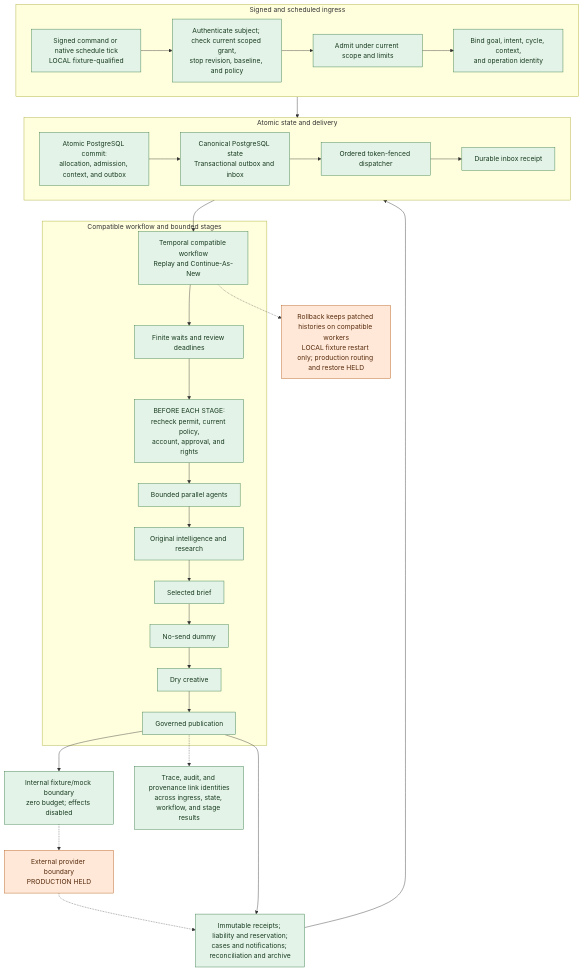
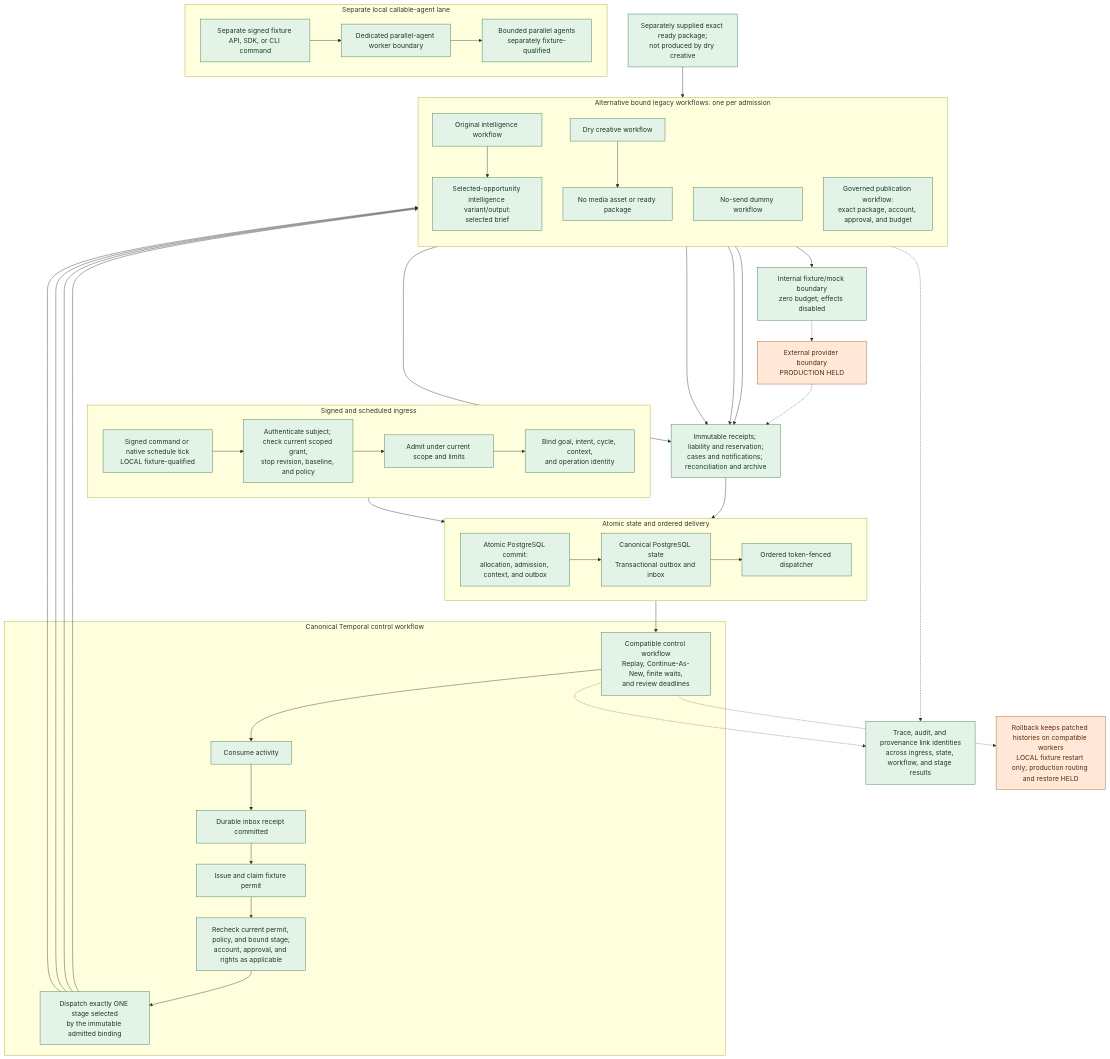
Before and after one commit to manojvermamv/Salience: the second of 2 diagrams in README.md, drawn with Mermaid. The commit also changed other lines of this file and 2 other files, not shown here.

Commit message:
docs: correct README governed execution path

````diff
--- a/README.md
+++ b/README.md
@@ -92,56 +95,81 @@
 ```mermaid
 flowchart TB
   subgraph ingress["Signed and scheduled ingress"]
     direction LR
     CMD["Signed command or native schedule tick<br/>LOCAL fixture-qualified"]
     AUTH["Authenticate subject; check current scoped grant,<br/>stop revision, baseline, and policy"]
     ADMIT["Admit under current scope and limits"]
     ID["Bind goal, intent, cycle, context,<br/>and operation identity"]
     CMD --> AUTH --> ADMIT --> ID
   end
 
-  subgraph durable["Atomic state and delivery"]
+  subgraph durable["Atomic state and ordered delivery"]
     direction LR
     COMMIT["Atomic PostgreSQL commit:<br/>allocation, admission, context, and outbox"]
     DB["Canonical PostgreSQL state<br/>Transactional outbox and inbox"]
     DISPATCH["Ordered token-fenced dispatcher"]
-    RECEIPT["Durable inbox receipt"]
-    COMMIT --> DB --> DISPATCH --> RECEIPT
+    COMMIT --> DB --> DISPATCH
   end
 
-  subgraph runtime["Compatible workflow and bounded stages"]
-    WF["Temporal compatible workflow<br/>Replay and Continue-As-New"]
-    WAIT["Finite waits and review deadlines"]
-    STAGECHECK["BEFORE EACH STAGE:<br/>recheck permit, current policy,<br/>account, approval, and rights"]
-    FANOUT["Bounded parallel agents"]
-    INTEL["Original intelligence and research"]
-    BRIEF["Selected brief"]
-    DUMMY["No-send dummy"]
-    CREATIVE["Dry creative"]
-    PUB["Governed publication"]
-    WF --> WAIT --> STAGECHECK --> FANOUT --> INTEL --> BRIEF --> DUMMY --> CREATIVE --> PUB
+  subgraph runtime["Canonical Temporal control workflow"]
+    CTRL["Compatible control workflow<br/>Replay, Continue-As-New, finite waits,<br/>and review deadlines"]
+    CONSUME["Consume activity"]
+    RECEIPT["Durable inbox receipt committed"]
+    PERMIT["Issue and claim fixture permit"]
+    STAGECHECK["Recheck current permit, policy, and bound stage;<br/>account, approval, and rights as applicable"]
+    SELECT["Dispatch exactly ONE stage selected<br/>by the immutable admitted binding"]
+    CTRL --> CONSUME --> RECEIPT --> PERMIT --> STAGECHECK --> SELECT
+  end
+
+  subgraph stages["Alternative bound legacy workflows: one per admission"]
+    direction TB
+    INTEL["Original intelligence workflow"]
+    BRIEF["Selected-opportunity intelligence variant/output:<br/>selected brief"]
+    DUMMY["No-send dummy workflow"]
+    CREATIVE["Dry creative workflow"]
+    NO_PACKAGE["No media asset or ready package"]
+    PUB["Governed publication workflow:<br/>exact package, account, approval, and budget"]
+    INTEL --> BRIEF
+    CREATIVE --> NO_PACKAGE
+  end
+  READY["Separately supplied exact ready package;<br/>not produced by dry creative"]
+
+  subgraph parallelLane["Separate local callable-agent lane"]
+    TEAM_COMMAND["Separate signed fixture API, SDK, or CLI command"]
+    TEAM_WORKER["Dedicated parallel-agent worker boundary"]
+    FANOUT["Bounded parallel agents<br/>separately fixture-qualified"]
+    TEAM_COMMAND --> TEAM_WORKER --> FANOUT
   end
 
   FIXTURE["Internal fixture/mock boundary<br/>zero budget; effects disabled"]
   EXTERNAL["External provider boundary<br/>PRODUCTION HELD"]
   RECORDS["Immutable receipts; liability and reservation;<br/>cases and notifications; reconciliation and archive"]
   TRACE["Trace, audit, and provenance link identities<br/>across ingress, state, workflow, and stage results"]
   OPS["Rollback keeps patched histories on compatible workers<br/>LOCAL fixture restart only; production routing and restore HELD"]
 
-  RECEIPT --> WF
   ID --> COMMIT
+  DISPATCH --> CTRL
+  SELECT --> INTEL
+  SELECT --> DUMMY
+  SELECT --> CREATIVE
+  SELECT --> PUB
+  READY --> PUB
   PUB --> FIXTURE
   FIXTURE -.-> EXTERNAL
   EXTERNAL -.-> RECORDS
+  BRIEF --> RECORDS
+  DUMMY --> RECORDS
+  NO_PACKAGE --> RECORDS
   PUB --> RECORDS
   RECORDS --> DB
   PUB -.-> TRACE
-  WF -.-> OPS
+  CTRL -.-> TRACE
+  CTRL -.-> OPS
 
   classDef local fill:#e4f3e7,stroke:#347a46,color:#173b20
   classDef held fill:#ffe8d8,stroke:#b45b18,color:#572b0c
   classDef planned fill:#e6efff,stroke:#3b67a0,color:#193354
   classDef optional fill:#eee8f5,stroke:#71518f,color:#362247
-  class CMD,AUTH,ADMIT,ID,COMMIT,DB,DISPATCH,RECEIPT,WF,WAIT,STAGECHECK,FANOUT,INTEL,BRIEF,DUMMY,CREATIVE,PUB,FIXTURE,RECORDS,TRACE local
+  class CMD,AUTH,ADMIT,ID,COMMIT,DB,DISPATCH,CTRL,CONSUME,RECEIPT,PERMIT,STAGECHECK,SELECT,INTEL,BRIEF,DUMMY,CREATIVE,NO_PACKAGE,READY,PUB,TEAM_COMMAND,TEAM_WORKER,FANOUT,FIXTURE,RECORDS,TRACE local
   class EXTERNAL,OPS held
 ```
````
